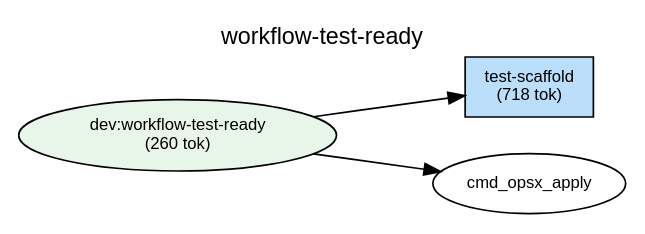
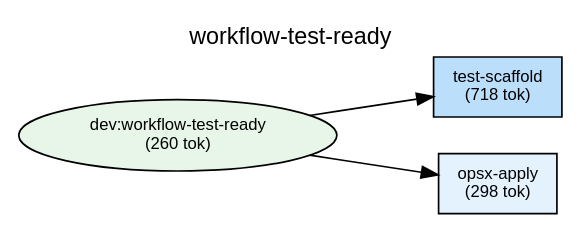
The diagram in plugins/dev/docs/deps-workflow-test-ready.dot (shuu5/twill), drawn with Graphviz before and after one commit. The commit also changed 26 other files, not shown here.

```diff
--- a/plugins/dev/docs/deps-workflow-test-ready.dot
+++ b/plugins/dev/docs/deps-workflow-test-ready.dot
@@ -1,41 +1,45 @@
 digraph Dependencies {
     // Graph settings
     rankdir=LR;
     ranksep=0.8;
     nodesep=0.3;
     fontname="Helvetica";
     node [fontname="Helvetica", fontsize=10];
     edge [fontname="Helvetica", fontsize=9];
     label="workflow-test-ready";
     labelloc=t;
     fontsize=14;
 
     // L0: Controller Skills
 
     // L0: Launchers
 
     // L0.5: Workflow Skills
     skill_workflow_test_ready [label="dev:workflow-test-ready\n(260 tok)", shape=ellipse, style=filled, fillcolor="#e8f5e9"];
 
     // Reference Skills
 
     // L1: Direct Commands
+    cmd_opsx_apply [label="opsx-apply\n(298 tok)", shape=box, style=filled, fillcolor="#e3f2fd"];
     cmd_test_scaffold [label="test-scaffold\n(718 tok)", shape=box, style=filled, fillcolor="#bbdefb"];
 
     // L2: Sub Commands
 
     // L3: Agents
 
     // L3.5: Scripts
 
     // L4: External
 
     // Layer constraints
     { rank=same; skill_workflow_test_ready; }
-    { rank=same; cmd_test_scaffold; }
+    { rank=same; cmd_opsx_apply; cmd_test_scaffold; }
 
     // Edges
     skill_workflow_test_ready -> cmd_test_scaffold;
     skill_workflow_test_ready -> cmd_opsx_apply;
 
+    // Ordering constraints (invisible edges)
+    cmd_test_scaffold -> cmd_opsx_apply [style=invis, weight=10];
+
 }
```
